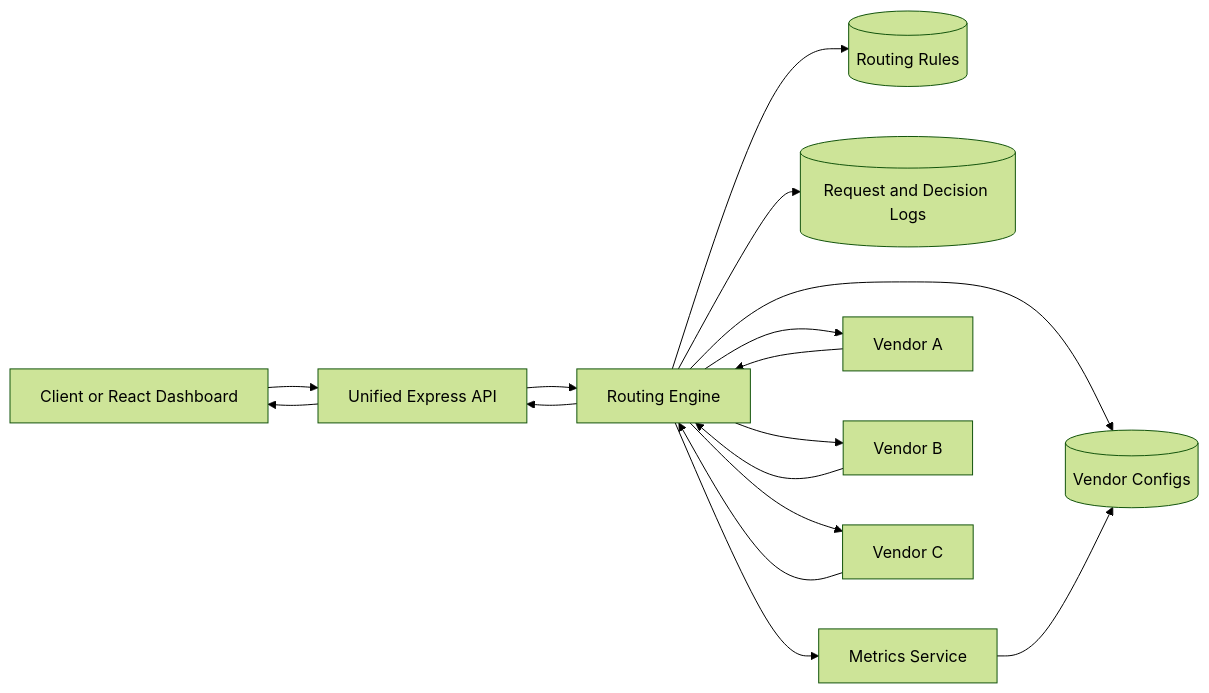
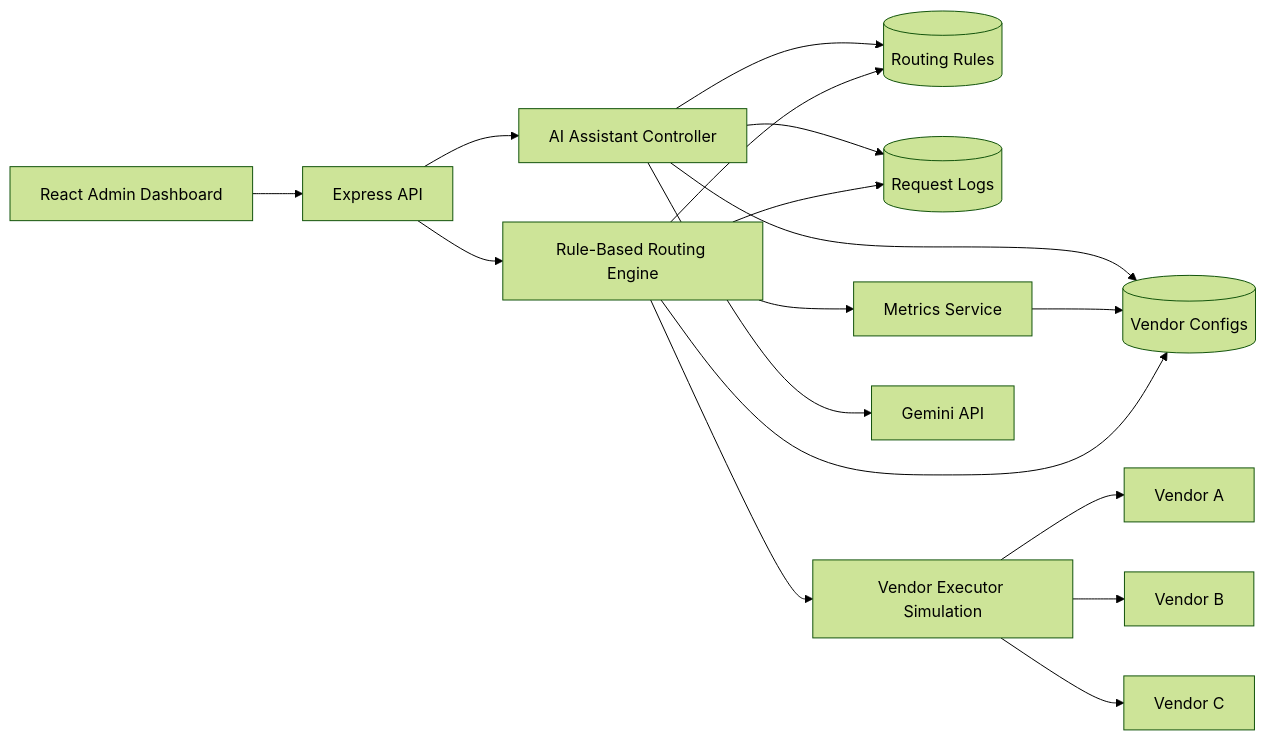
One commit to Sriman2517/VendorSwitch changed the first of 4 diagrams in ARCHITECTURE.md. Above: the diagram before and after it, drawn with Mermaid (forest theme). The commit also changed other lines of this file and 9 other files, not shown here.

Commit message:
Added Agentic Ai flow

````diff
--- a/ARCHITECTURE.md
+++ b/ARCHITECTURE.md
@@ -5,18 +7,22 @@
 ```mermaid
 flowchart LR
-  Client[Client or React Dashboard] --> API[Unified Express API]
-  API --> Router[Routing Engine]
+  Admin[React Admin Dashboard] --> API[Express API]
+  API --> Router[Rule-Based Routing Engine]
+  API --> AI[AI Assistant Controller]
+
   Router --> Rules[(Routing Rules)]
   Router --> Vendors[(Vendor Configs)]
-  Router --> Logs[(Request and Decision Logs)]
+  Router --> Logs[(Request Logs)]
   Router --> Metrics[Metrics Service]
+
   Metrics --> Vendors
-  Router --> A[Vendor A]
-  Router --> B[Vendor B]
-  Router --> C[Vendor C]
-  A --> Router
-  B --> Router
-  C --> Router
-  Router --> API
-  API --> Client
+  Router --> Executor[Vendor Executor Simulation]
+  Executor --> VendorA[Vendor A]
+  Executor --> VendorB[Vendor B]
+  Executor --> VendorC[Vendor C]
+
+  AI --> Gemini[Gemini API]
+  AI --> Logs
+  AI --> Vendors
+  AI --> Rules
 ```
````
